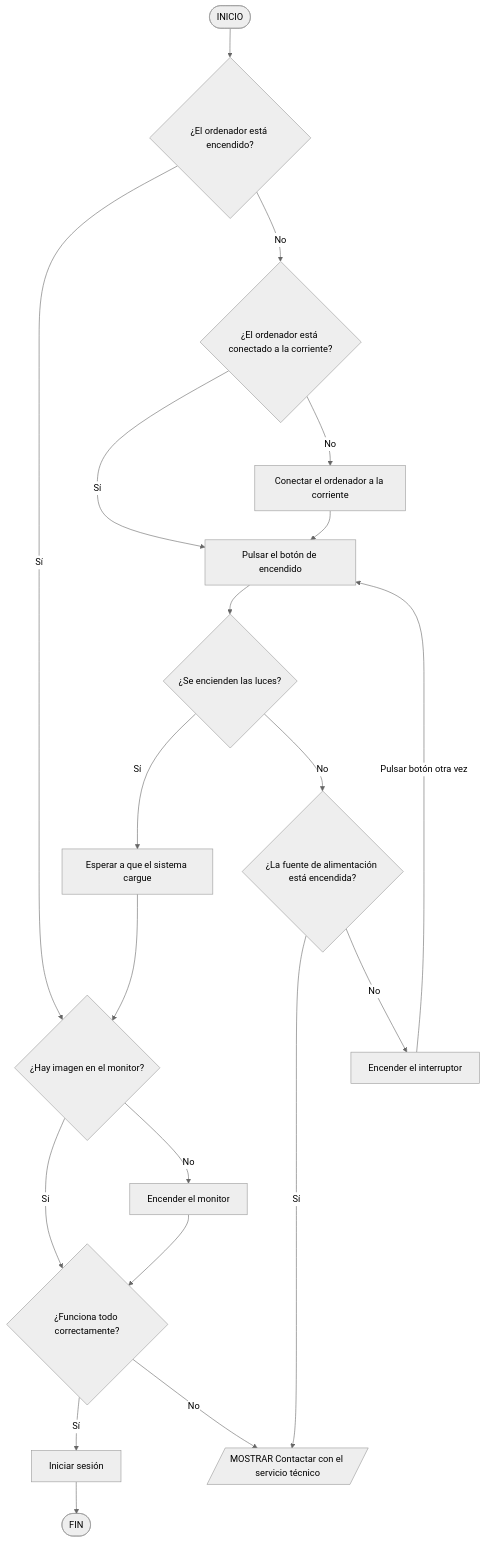
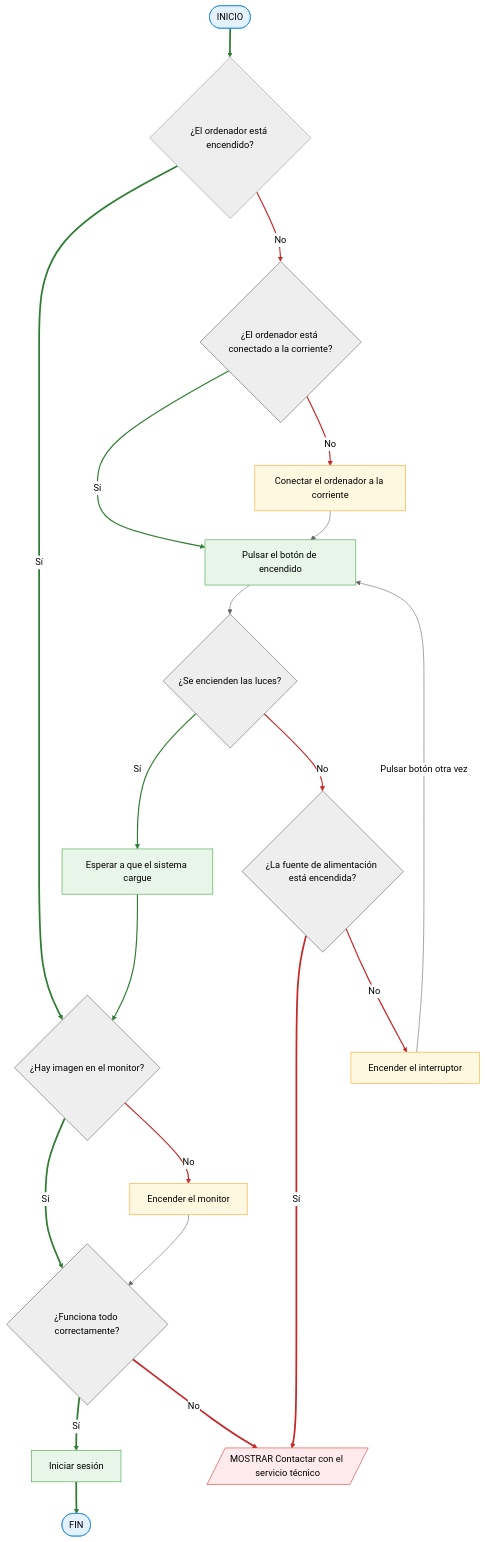
One commit to AlexJYad/F5-web-knowledge changed the first of 3 diagrams in content/ejercicios/ejercicios-2.md. Above: the diagram before and after it, drawn with Mermaid (neutral theme). The commit also changed other lines of this file, not shown here.

````diff
--- a/content/ejercicios/ejercicios-2.md
+++ b/content/ejercicios/ejercicios-2.md
@@ -53,43 +53,62 @@
 ```mermaid
 flowchart TB
    A([INICIO])
    Z([FIN])
    E[/MOSTRAR Contactar con el servicio técnico/]
 
    S0{¿El ordenador está encendido?}
    S4{¿Hay imagen en el monitor?}
    S4n[Encender el monitor]
 
    S5{¿Funciona todo correctamente?}
+   S5s[Iniciar sesión]
 
    S1{¿El ordenador está conectado a la corriente?}
    S1s[Pulsar el botón de encendido]
    S1n[Conectar el ordenador a la corriente]
 
    S2{¿Se encienden las luces?}
    S2s[Esperar a que el sistema cargue]
 
    S3{¿La fuente de alimentación está encendida?}
    S3n[Encender el interruptor]
 
-   D[Iniciar sesión]
    A --> S0
    S0 --> |Sí| S4
    S0 --> |No| S1
    S1 --> |Sí| S1s
    S1 --> |No| S1n
    S1n --> S1s
    S1s --> S2
    S2 --> |Sí| S2s
    S2 --> |No| S3
    S3 --> |Sí| E
    S3 --> |No| S3n
    S3n --> |Pulsar botón otra vez| S1s
    S2s --> S4
    S4 --> |Sí| S5
    S4 --> |No| S4n
    S4n --> S5
-   S5 --> |Sí| D
+   S5 --> |Sí| S5s
    S5 --> |No| E
-   D --> Z
+   S5s --> Z
+
+
+   classDef InFin fill:#e3f2fd,stroke:#1e88e5,stroke-width:1px
+   classDef SI fill:#e8f5e9,stroke:#43a047,stroke-width:1px
+   classDef NO fill:#fff8e1,stroke:#f9a825,stroke-width:1px
+   classDef error fill:#ffebee,stroke:#e53935,stroke-width:1px
+   classDef decision fill:#eeeeee,stroke:#616161,stroke-width:1px
+
+   class A,Z InFin
+   class S1s,S2s,S3s,S4s,S5s SI
+   class S1n,S2n,S3n,S4n NO
+   class S1,S2,S3,S4,S5 decision
+   class E error
+
+   linkStyle 3,7,12,13 stroke:#2e7d32,stroke-width:2px
+   linkStyle 0,1,13,16,18 stroke:#2e7d32,stroke-width:3px
+   linkStyle 2,4,8,10,14 stroke:#c62828,stroke-width:2px
+   linkStyle 9,17 stroke:#c62828,stroke-width:3px
+
 ```
````
